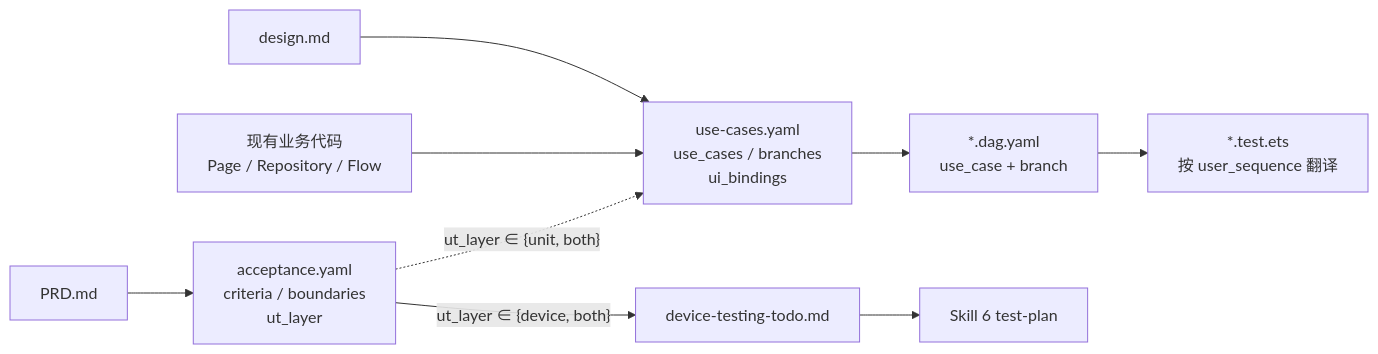
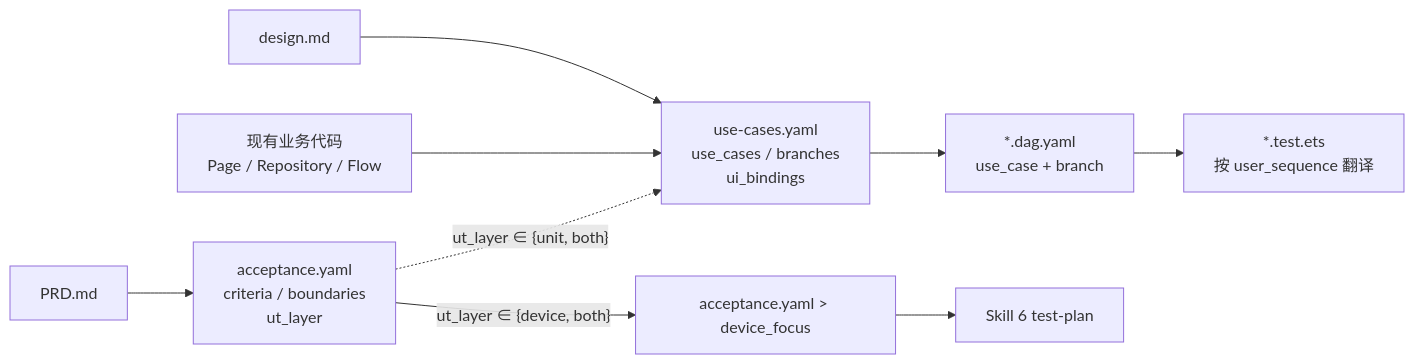
Before and after one commit to sqsqsq/SimulatedWalletForHmos: the diagram in framework/profiles/generic/skills/5-business-ut/templates/use-cases-schema.md, drawn with Mermaid. The commit also changed other lines of this file and 44 other files, not shown here.

First line of the commit message:
feat(framework): 废弃 device-testing-todo，收敛 acceptance device_focus SSOT

````diff
--- a/framework/profiles/generic/skills/5-business-ut/templates/use-cases-schema.md
+++ b/framework/profiles/generic/skills/5-business-ut/templates/use-cases-schema.md
@@ -145,11 +145,11 @@
 ```mermaid
 flowchart LR
   PRD["PRD.md"] --> AC["acceptance.yaml<br>criteria / boundaries<br>ut_layer"]
   DESIGN["design.md"] --> UC["use-cases.yaml<br>use_cases / branches<br>ui_bindings"]
   CODE["现有业务代码<br>Page / Repository / Flow"] --> UC
   AC -. "ut_layer ∈ {unit, both}" .-> UC
   UC --> DAG["*.dag.yaml<br>use_case + branch"]
   DAG --> UT["*.test.ets<br>按 user_sequence 翻译"]
-  AC -->|"ut_layer ∈ {device, both}"| TODO["device-testing-todo.md"]
+  AC -->|"ut_layer ∈ {device, both}"| TODO["acceptance.yaml > device_focus"]
   TODO --> S6["Skill 6 test-plan"]
 ```
````
